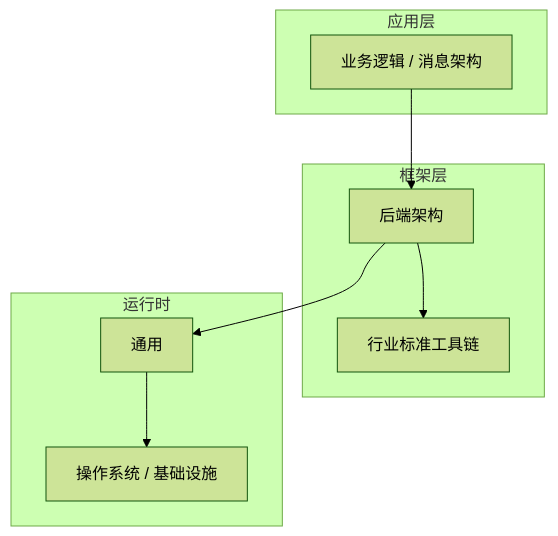
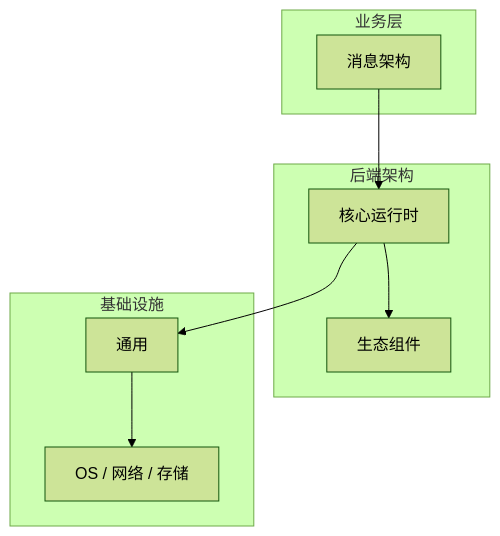
The diagram in articles/后端架构/chapters/079-消息架构核心概念与原理.md (yanggan2015/knowledge-json-v2), drawn with Mermaid (forest theme) before and after one commit. The commit also changed other lines of this file and 10127 other files, not shown here.

````diff
--- a/articles/后端架构/chapters/079-消息架构核心概念与原理.md
+++ b/articles/后端架构/chapters/079-消息架构核心概念与原理.md
@@ -45,18 +34,18 @@
 ```mermaid
 graph TB
-    subgraph 应用层
-        A[业务逻辑 / 消息架构]
+    subgraph 业务层
+        A[消息架构]
     end
-    subgraph 框架层
-        B[后端架构]
-        C[行业标准工具链]
+    subgraph 后端架构
+        B[核心运行时]
+        C[生态组件]
     end
-    subgraph 运行时
+    subgraph 基础设施
         D[通用]
-        E[操作系统 / 基础设施]
+        E[OS / 网络 / 存储]
     end
     A --> B
     B --> C
     B --> D
     D --> E
 ```
````
